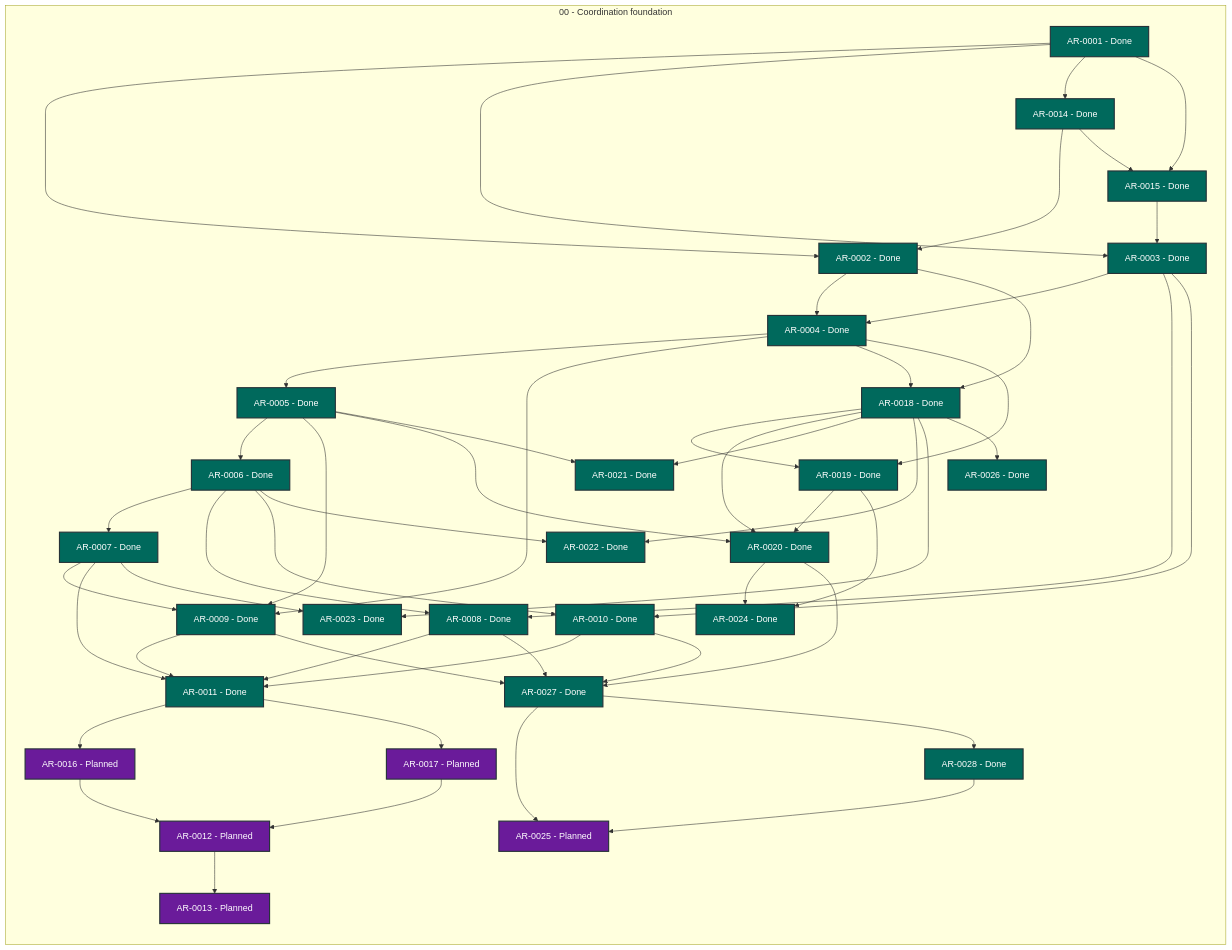
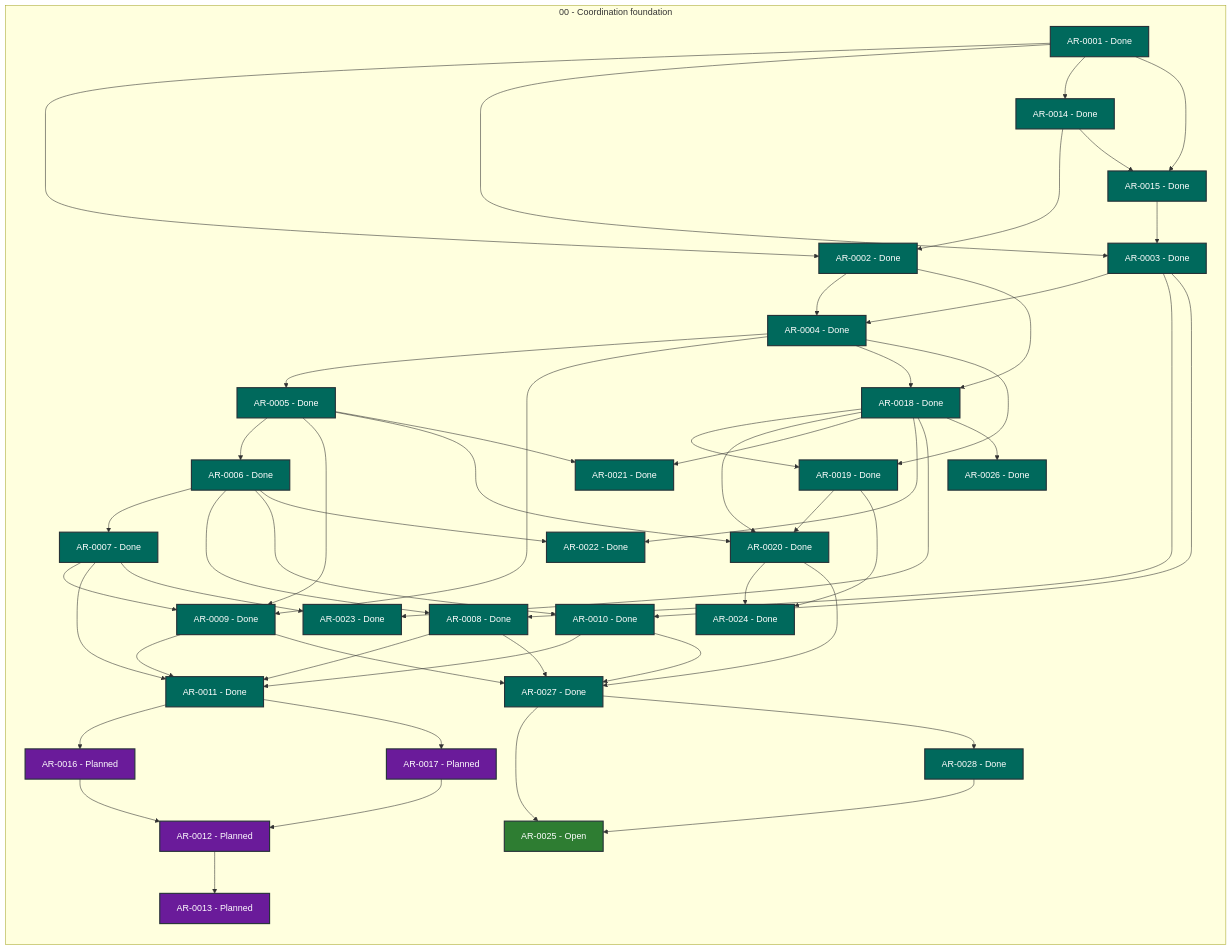
One commit to martin-beck/agent-workflow-tui-state changed the diagram in STATUS.md. Above: the diagram before and after it, drawn with Mermaid. The commit also changed other lines of this file and 2 other files, not shown here.

```diff
--- a/STATUS.md
+++ b/STATUS.md
@@ -52,7 +52,7 @@
         AR_0022["AR-0022 - Done"]:::status_done
         AR_0023["AR-0023 - Done"]:::status_done
         AR_0024["AR-0024 - Done"]:::status_done
-        AR_0025["AR-0025 - Planned"]:::status_planned
+        AR_0025["AR-0025 - Open"]:::status_open
         AR_0026["AR-0026 - Done"]:::status_done
         AR_0027["AR-0027 - Done"]:::status_done
         AR_0028["AR-0028 - Done"]:::status_done
```
